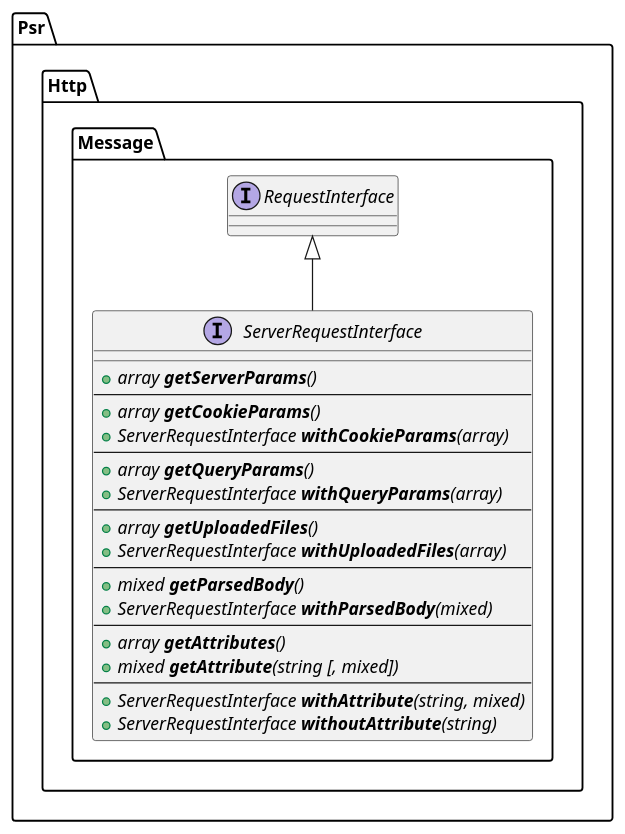
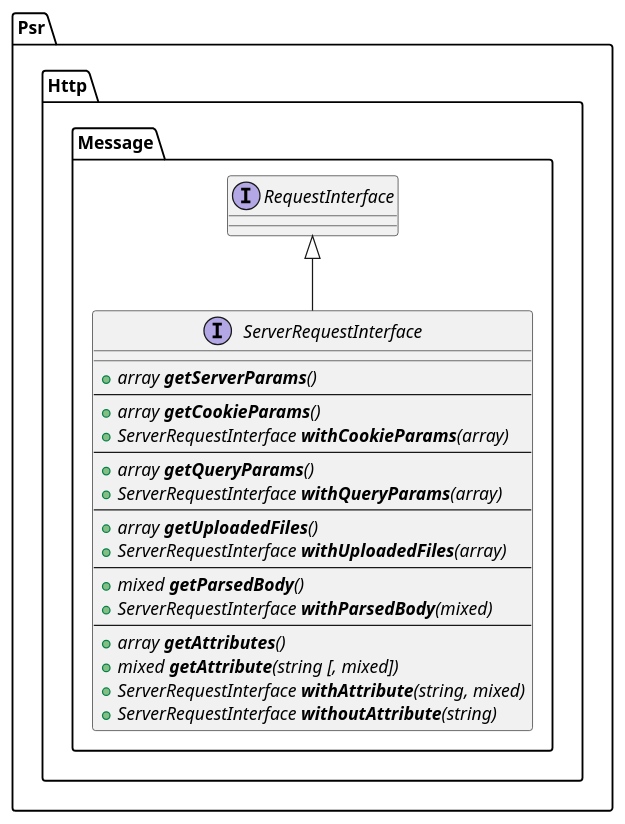
Before and after one commit to nibralab/joomla-architecture: the diagram in src/incl/psr7/server-request.puml, drawn with PlantUML. The commit also changed 13 other files, not shown here.

```diff
--- a/src/incl/psr7/server-request.puml
+++ b/src/incl/psr7/server-request.puml
@@ -1,27 +1,26 @@
 @startuml
 namespace Psr.Http.Message {
     interface ServerRequestInterface extends RequestInterface {
         __
         +{abstract} array <b>getServerParams</b>()
         --
         +{abstract} array <b>getCookieParams</b>()
         +{abstract} ServerRequestInterface <b>withCookieParams</b>(array)
         --
         +{abstract} array <b>getQueryParams</b>()
         +{abstract} ServerRequestInterface <b>withQueryParams</b>(array)
         --
         +{abstract} array <b>getUploadedFiles</b>()
         +{abstract} ServerRequestInterface <b>withUploadedFiles</b>(array)
         --
         +{abstract} mixed <b>getParsedBody</b>()
         +{abstract} ServerRequestInterface <b>withParsedBody</b>(mixed)
         --
         +{abstract} array <b>getAttributes</b>()
         +{abstract} mixed <b>getAttribute</b>(string [, mixed])
-        --
         +{abstract} ServerRequestInterface <b>withAttribute</b>(string, mixed)
         +{abstract} ServerRequestInterface <b>withoutAttribute</b>(string)
     }
 }
 
 @enduml
```
